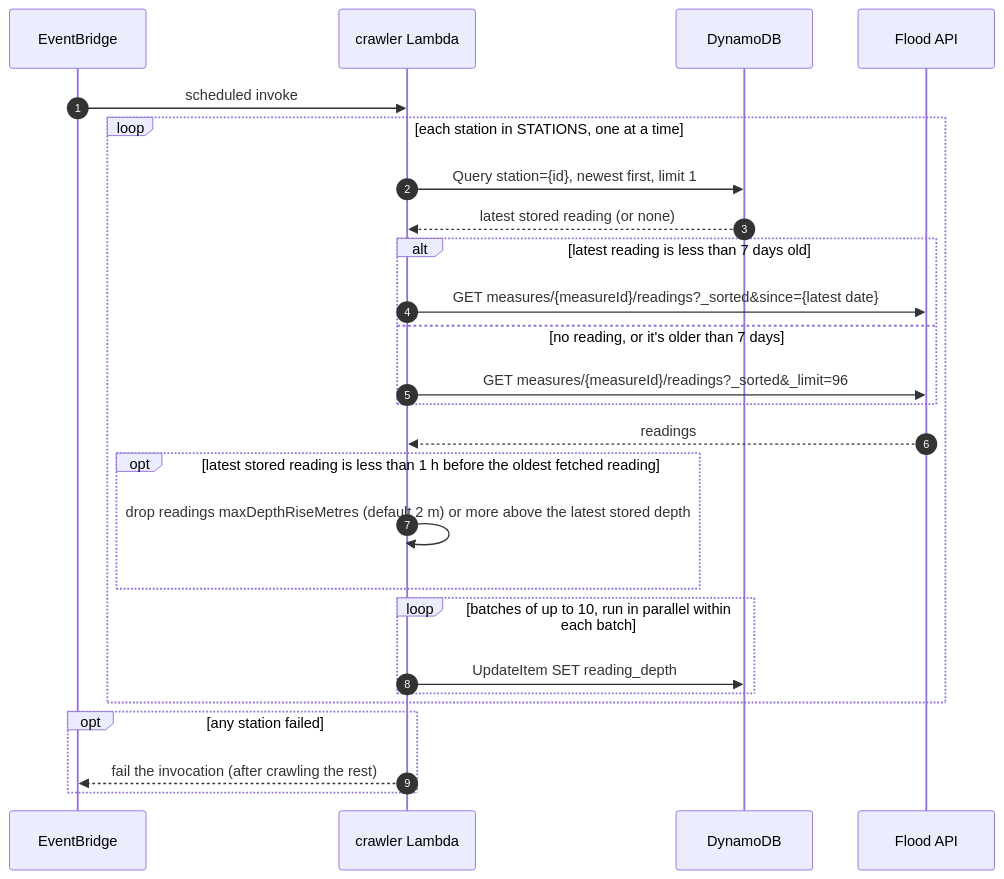
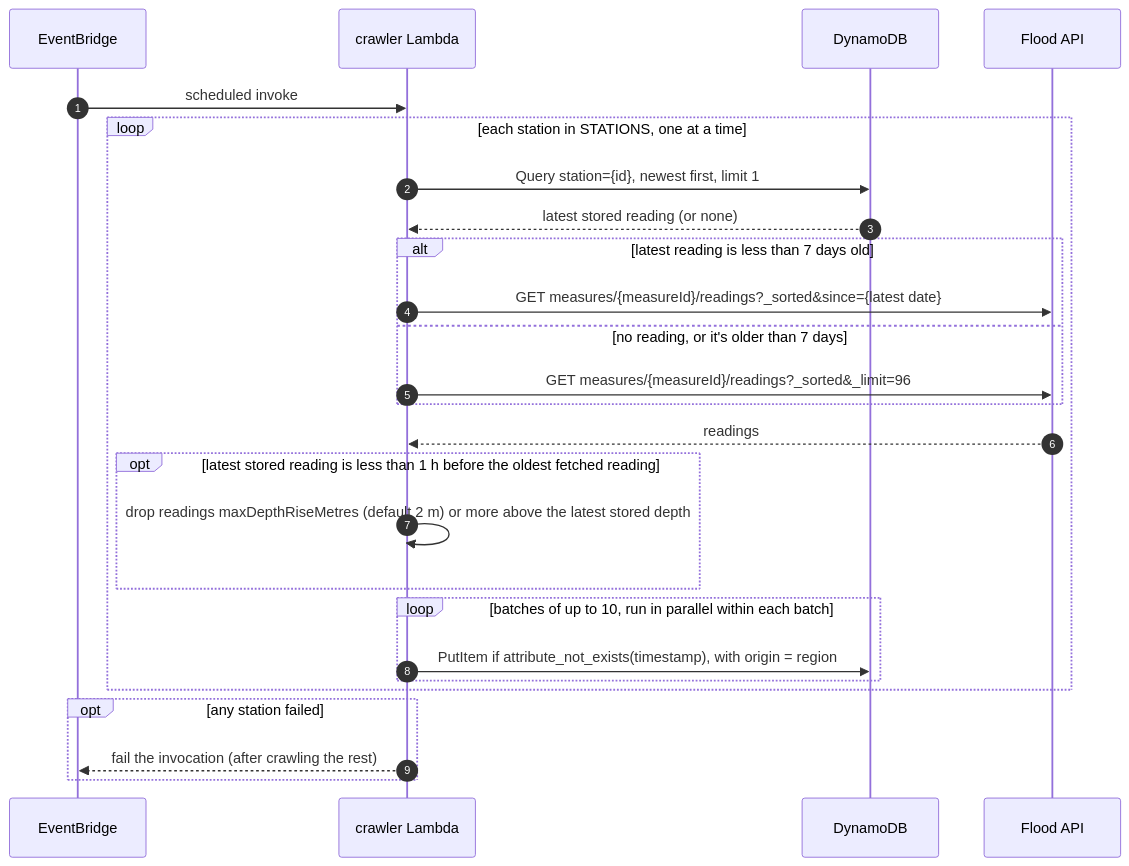
Before and after one commit to daveshepherd/river-levels: the second of 4 diagrams in docs/infrastructure.md, drawn with Mermaid. The commit also changed other lines of this file and 56 other files, not shown here.

````diff
--- a/docs/infrastructure.md
+++ b/docs/infrastructure.md
@@ -123,29 +123,29 @@
 ```mermaid
 sequenceDiagram
   autonumber
   participant EB as EventBridge
   participant C as crawler Lambda
   participant DB as DynamoDB
   participant EA as Flood API
 
   EB->>C: scheduled invoke
   loop each station in STATIONS, one at a time
     C->>DB: Query station={id}, newest first, limit 1
     DB-->>C: latest stored reading (or none)
     alt latest reading is less than 7 days old
       C->>EA: GET measures/{measureId}/readings?_sorted&since={latest date}
     else no reading, or it's older than 7 days
       C->>EA: GET measures/{measureId}/readings?_sorted&_limit=96
     end
     EA-->>C: readings
     opt latest stored reading is less than 1 h before the oldest fetched reading
       C->>C: drop readings maxDepthRiseMetres (default 2 m) or more above the latest stored depth
     end
     loop batches of up to 10, run in parallel within each batch
-      C->>DB: UpdateItem SET reading_depth
+      C->>DB: PutItem if attribute_not_exists(timestamp), with origin = region
     end
   end
   opt any station failed
     C-->>EB: fail the invocation (after crawling the rest)
   end
 ```
````
